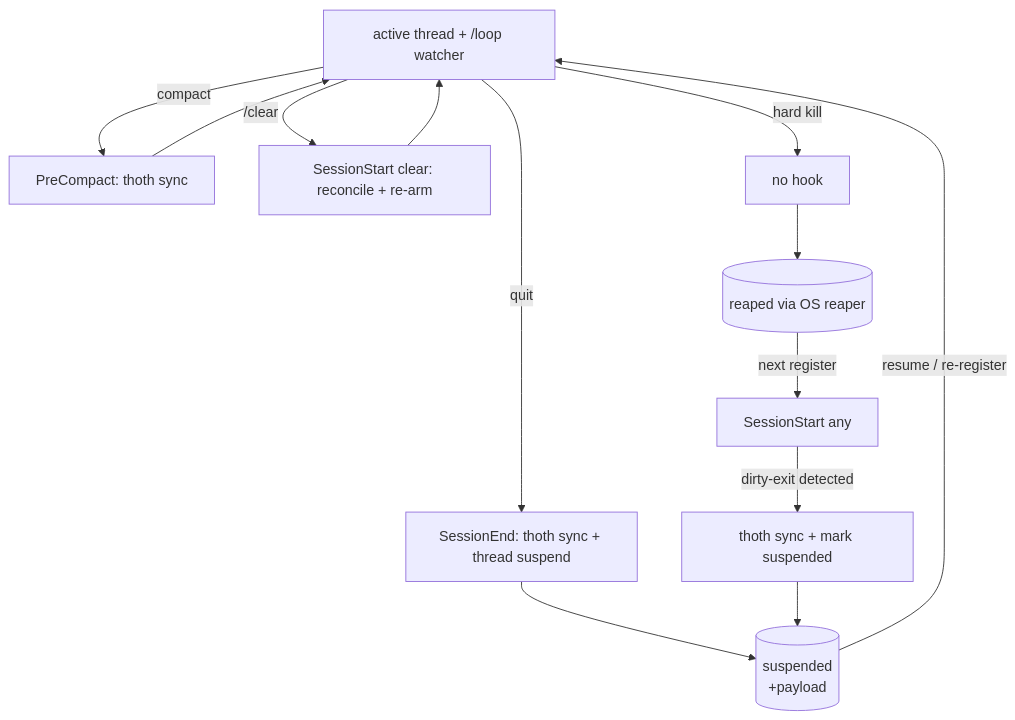
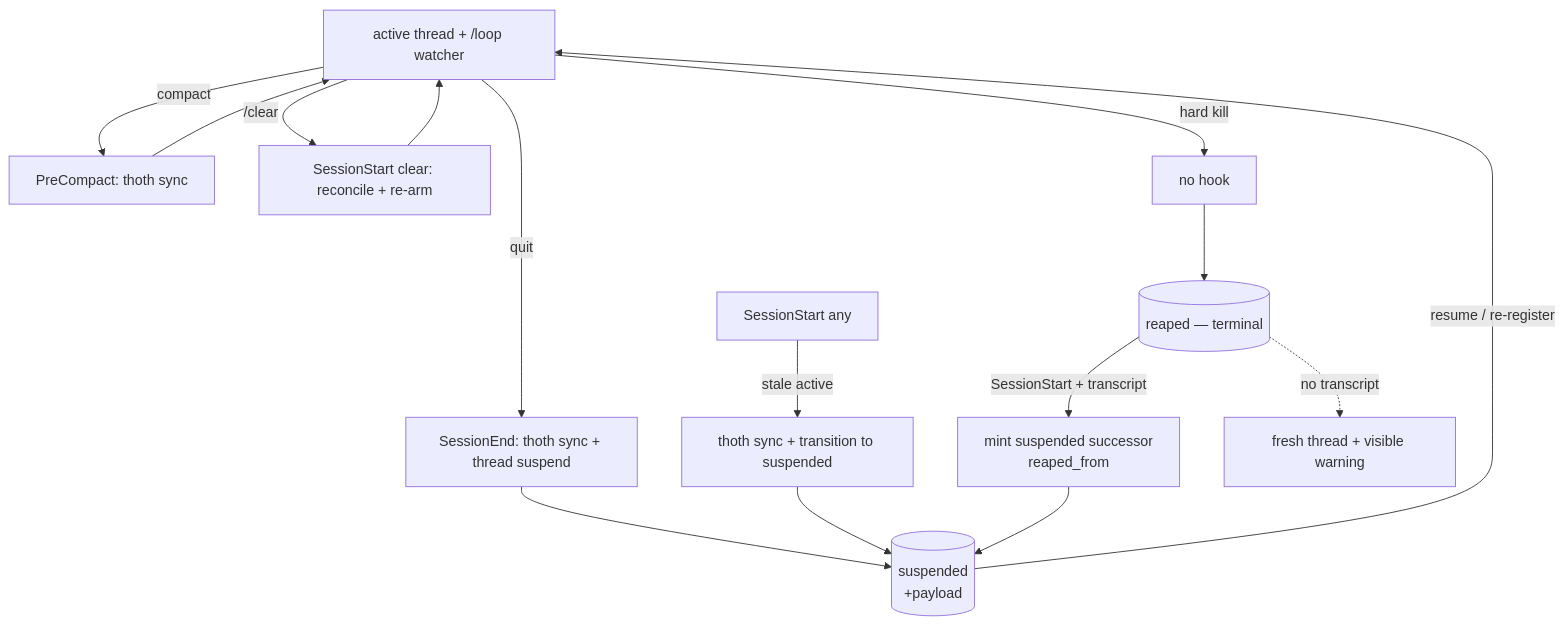
Before and after one commit to SirsiMaster/sirsi-anubis: the diagram in docs/ADR-025-THOTH-GATED-EXIT.md, drawn with Mermaid. The commit also changed other lines of this file, not shown here.

````diff
--- a/docs/ADR-025-THOTH-GATED-EXIT.md
+++ b/docs/ADR-025-THOTH-GATED-EXIT.md
@@ -93,10 +130,11 @@
 ```mermaid
 flowchart TD
   A[active thread + /loop watcher] -->|compact| B[PreCompact: thoth sync] --> A
   A -->|quit| C[SessionEnd: thoth sync + thread suspend] --> S[(suspended<br/>+payload)]
   A -->|/clear| D[SessionStart clear: reconcile + re-arm] --> A
-  A -->|hard kill| E[no hook] --> R[(reaped via OS reaper)]
+  A -->|hard kill| E[no hook] --> R[(reaped — terminal)]
   S -->|resume / re-register| A
-  F[SessionStart any] -->|dirty-exit detected| G[thoth sync + mark suspended] --> S
-  R -->|next register| F
+  F[SessionStart any] -->|stale active| G[thoth sync + transition to suspended] --> S
+  R -->|SessionStart + transcript| H[mint suspended successor<br/>reaped_from] --> S
+  R -.->|no transcript| W[fresh thread + visible warning]
 ```
````
